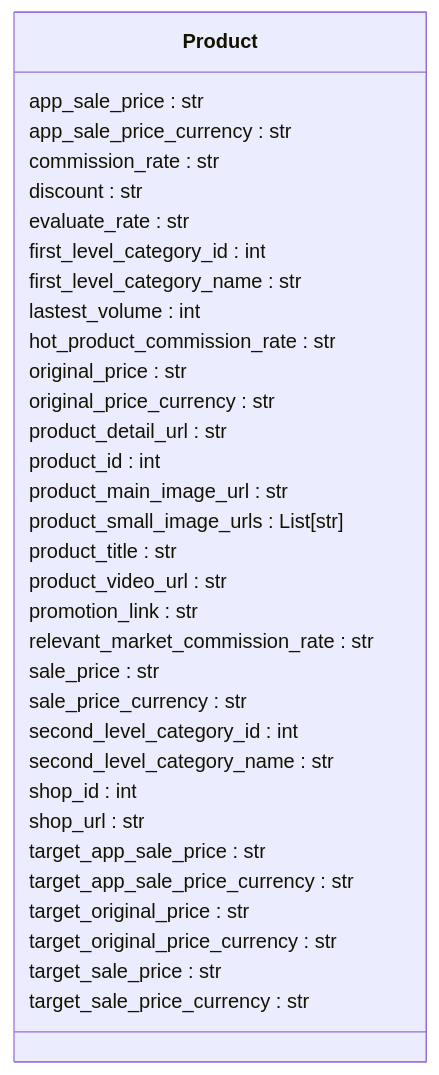
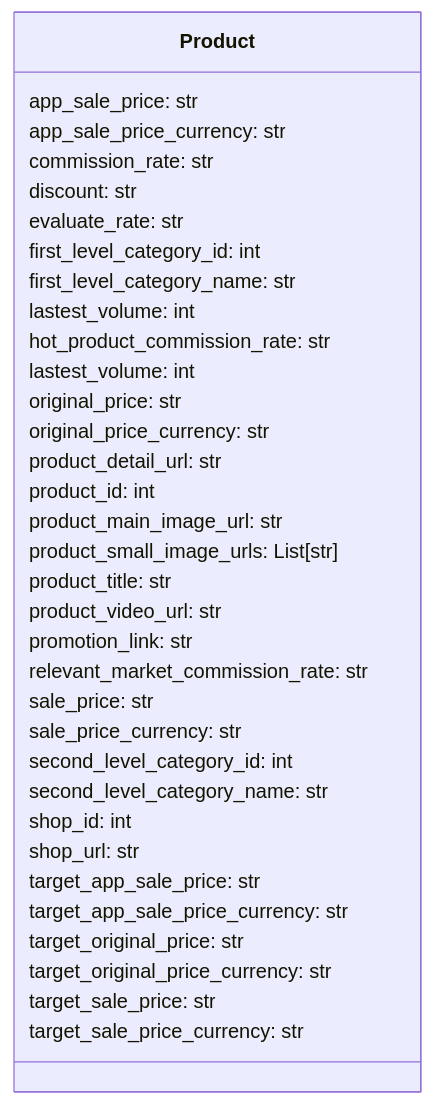
Before and after one commit to hypo69/hypo: the second of 2 diagrams in docs/gemini/ru/explainer/src/suppliers/aliexpress/api/models/product.md, drawn with Mermaid. The commit also changed other lines of this file and 468 other files, not shown here.

````diff
--- a/docs/gemini/ru/explainer/src/suppliers/aliexpress/api/models/product.md
+++ b/docs/gemini/ru/explainer/src/suppliers/aliexpress/api/models/product.md
@@ -71,36 +64,37 @@
 ```mermaid
 classDiagram
     class Product {
-        app_sale_price : str
-        app_sale_price_currency : str
-        commission_rate : str
-        discount : str
-        evaluate_rate : str
-        first_level_category_id : int
-        first_level_category_name : str
-        lastest_volume : int
-        hot_product_commission_rate : str
-        original_price : str
-        original_price_currency : str
-        product_detail_url : str
-        product_id : int
-        product_main_image_url : str
-        product_small_image_urls : List[str]
-        product_title : str
-        product_video_url : str
-        promotion_link : str
-        relevant_market_commission_rate : str
-        sale_price : str
-        sale_price_currency : str
-        second_level_category_id : int
-        second_level_category_name : str
-        shop_id : int
-        shop_url : str
-        target_app_sale_price : str
-        target_app_sale_price_currency : str
-        target_original_price : str
-        target_original_price_currency : str
-        target_sale_price : str
-        target_sale_price_currency : str
+        app_sale_price: str
+        app_sale_price_currency: str
+        commission_rate: str
+        discount: str
+        evaluate_rate: str
+        first_level_category_id: int
+        first_level_category_name: str
+        lastest_volume: int
+        hot_product_commission_rate: str
+        lastest_volume: int
+        original_price: str
+        original_price_currency: str
+        product_detail_url: str
+        product_id: int
+        product_main_image_url: str
+        product_small_image_urls: List[str]
+        product_title: str
+        product_video_url: str
+        promotion_link: str
+        relevant_market_commission_rate: str
+        sale_price: str
+        sale_price_currency: str
+        second_level_category_id: int
+        second_level_category_name: str
+        shop_id: int
+        shop_url: str
+        target_app_sale_price: str
+        target_app_sale_price_currency: str
+        target_original_price: str
+        target_original_price_currency: str
+        target_sale_price: str
+        target_sale_price_currency: str
     }
 ```
````
